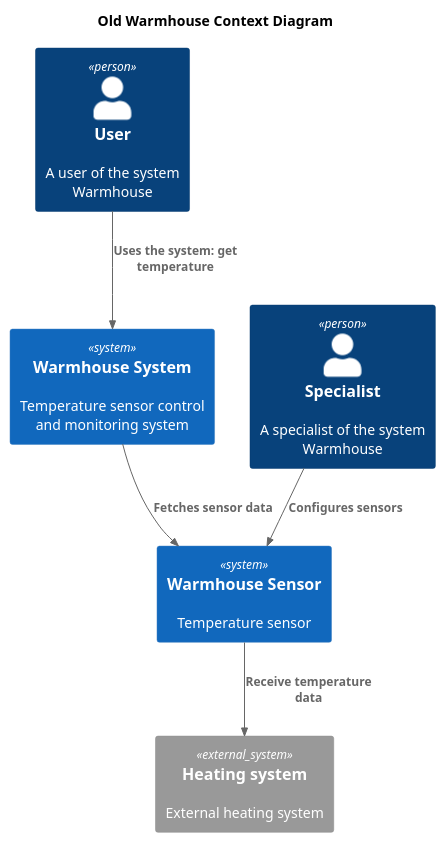
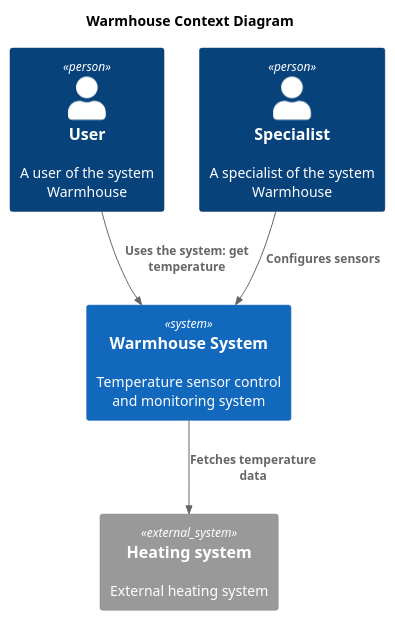
The diagram in schemas/old_warmhouse_context.puml (baranovilyaserg/architecture-pro-warmhouse), drawn with PlantUML before and after one commit. The commit also changed 4 other files, not shown here.

```diff
--- a/schemas/old_warmhouse_context.puml
+++ b/schemas/old_warmhouse_context.puml
@@ -1,22 +1,19 @@
 @startuml
-title Old Warmhouse Context Diagram
+title Warmhouse Context Diagram
 
 top to bottom direction
 
 !includeurl https://raw.githubusercontent.com/RicardoNiepel/C4-PlantUML/master/C4_Component.puml
 
 Person(user, "User", "A user of the system Warmhouse")
 Person(specialist, "Specialist", "A specialist of the system Warmhouse")
 
 System(warmhousesystem, "Warmhouse System", "Temperature sensor control and monitoring system")
 
-System(warmhousesensor, "Warmhouse Sensor", "Temperature sensor")
-
 System_Ext(heatingsystem, "Heating system", "External heating system")
 
 Rel(user, warmhousesystem, "Uses the system: get temperature")
-Rel(specialist,warmhousesensor,"Configures sensors")
-Rel(warmhousesystem,warmhousesensor,"Fetches sensor data")
-Rel(warmhousesensor,heatingsystem,"Receive temperature data")
+Rel(specialist,warmhousesystem,"Сonfigures sensors")
+Rel(warmhousesystem,heatingsystem,"Fetches temperature data")
 
 @enduml
```
